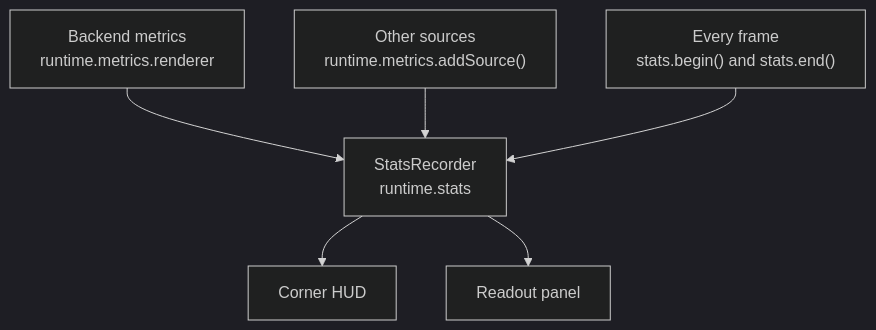
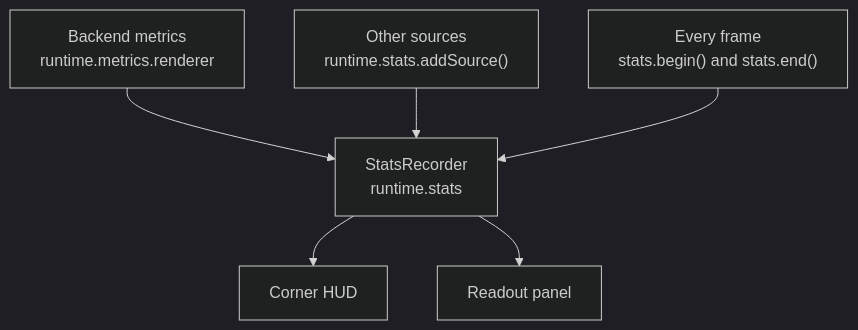
Before and after one commit to JollyPixel/editor: the fourth of 5 diagrams in packages/runtime/ARCHITECTURE.md, drawn with Mermaid (dark theme). The commit also changed 53 other files, not shown here.

````diff
--- a/packages/runtime/ARCHITECTURE.md
+++ b/packages/runtime/ARCHITECTURE.md
@@ -70,8 +70,8 @@
 ```mermaid
 flowchart TB
     Backend["Backend metrics<br/>runtime.metrics.renderer"] --> Recorder["StatsRecorder<br/>runtime.stats"]
-    Sources["Other sources<br/>runtime.metrics.addSource()"] --> Recorder
+    Sources["Other sources<br/>runtime.stats.addSource()"] --> Recorder
     Frames["Every frame<br/>stats.begin() and stats.end()"] --> Recorder
     Recorder --> HUD["Corner HUD"]
     Recorder --> Panel["Readout panel"]
 ```
````
